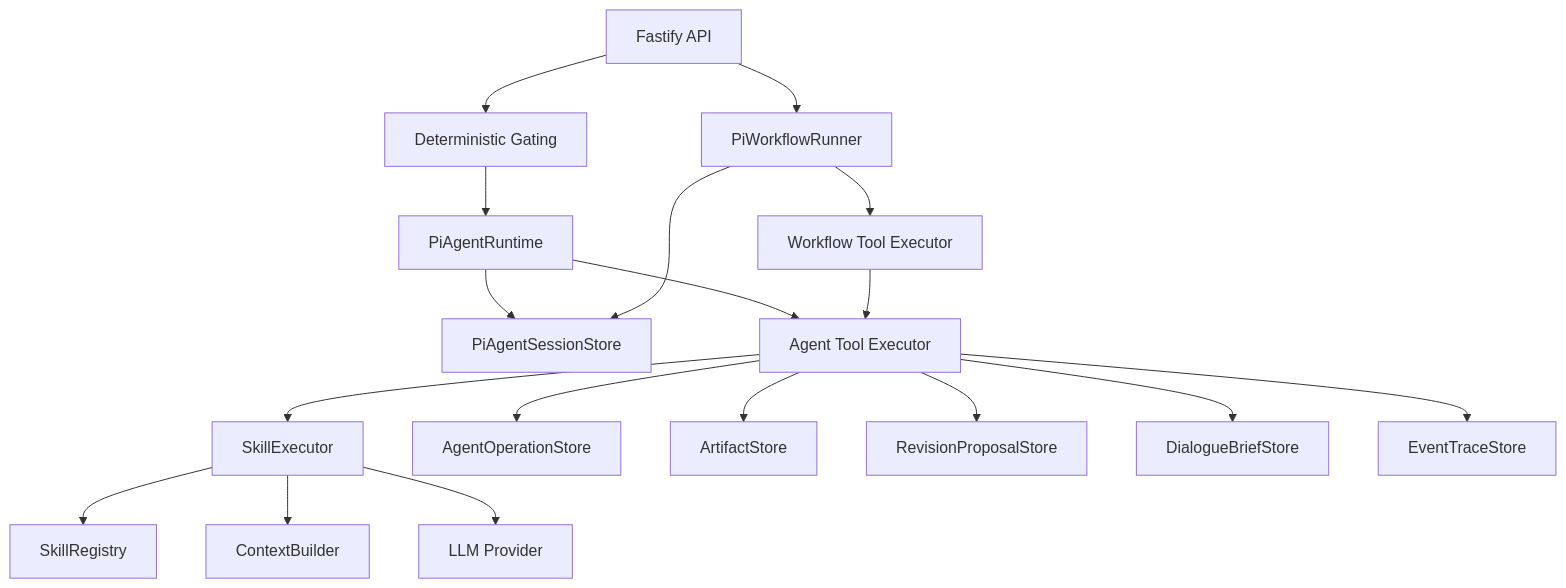
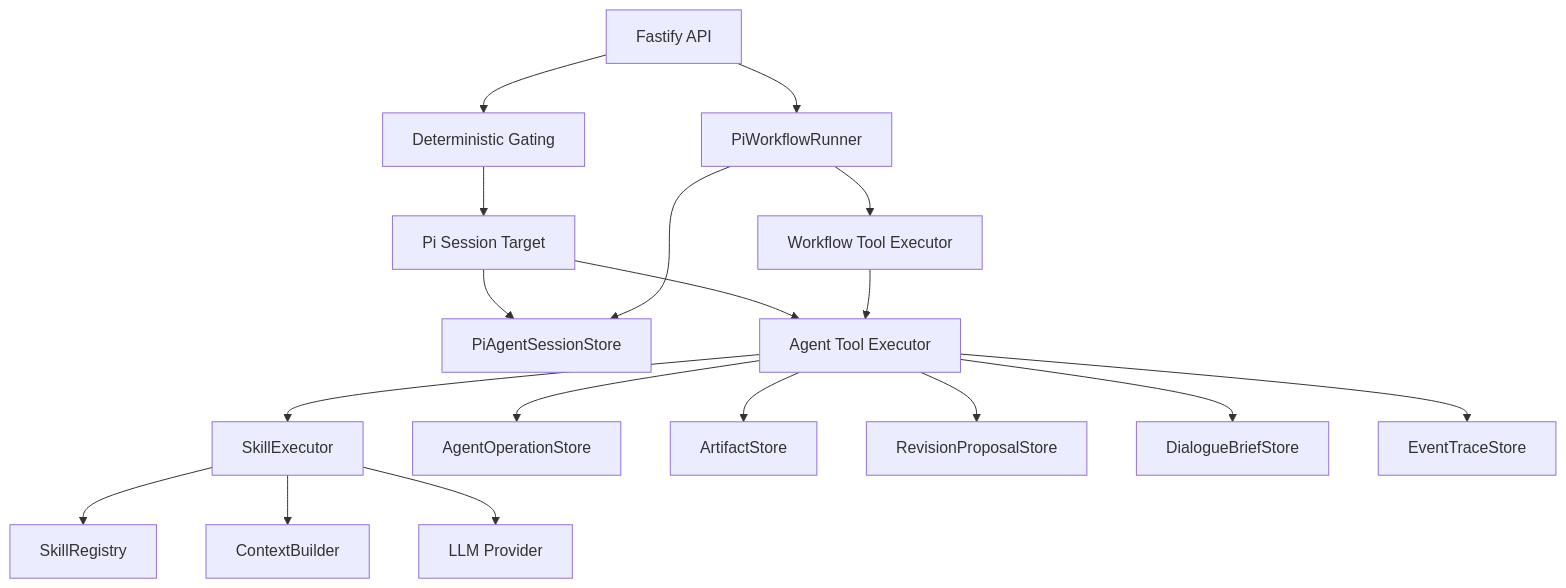
The diagram in docs/pi-agent-unified-runtime-design.md (simonjiao/writing-assistant), drawn with Mermaid before and after one commit. The commit also changed other lines of this file and 6 other files, not shown here.

Commit message:
refactor: hide skill executor behind agent tools

````diff
--- a/docs/pi-agent-unified-runtime-design.md
+++ b/docs/pi-agent-unified-runtime-design.md
@@ -42,20 +42,20 @@
 ```mermaid
 flowchart TB
   API[Fastify API] --> Router[Deterministic Gating]
-  Router --> NonWorkflow[PiAgentRuntime]
+  Router --> SessionTarget[Pi Session Target]
   API --> Workflow[PiWorkflowRunner]
   Workflow --> WTools[Workflow Tool Executor]
-  NonWorkflow --> Session[PiAgentSessionStore]
+  SessionTarget --> Session[PiAgentSessionStore]
   Workflow --> Session
-  NonWorkflow --> Tools[Agent Tool Executor]
+  SessionTarget --> Tools[Agent Tool Executor]
   WTools --> Tools
   Tools --> SkillExec[SkillExecutor]
   SkillExec --> Skills[SkillRegistry]
   SkillExec --> Context[ContextBuilder]
   SkillExec --> LLM[LLM Provider]
   Tools --> Ops[AgentOperationStore]
   Tools --> Artifacts[ArtifactStore]
   Tools --> Proposals[RevisionProposalStore]
   Tools --> Brief[DialogueBriefStore]
   Tools --> Events[EventTraceStore]
 ```
````
